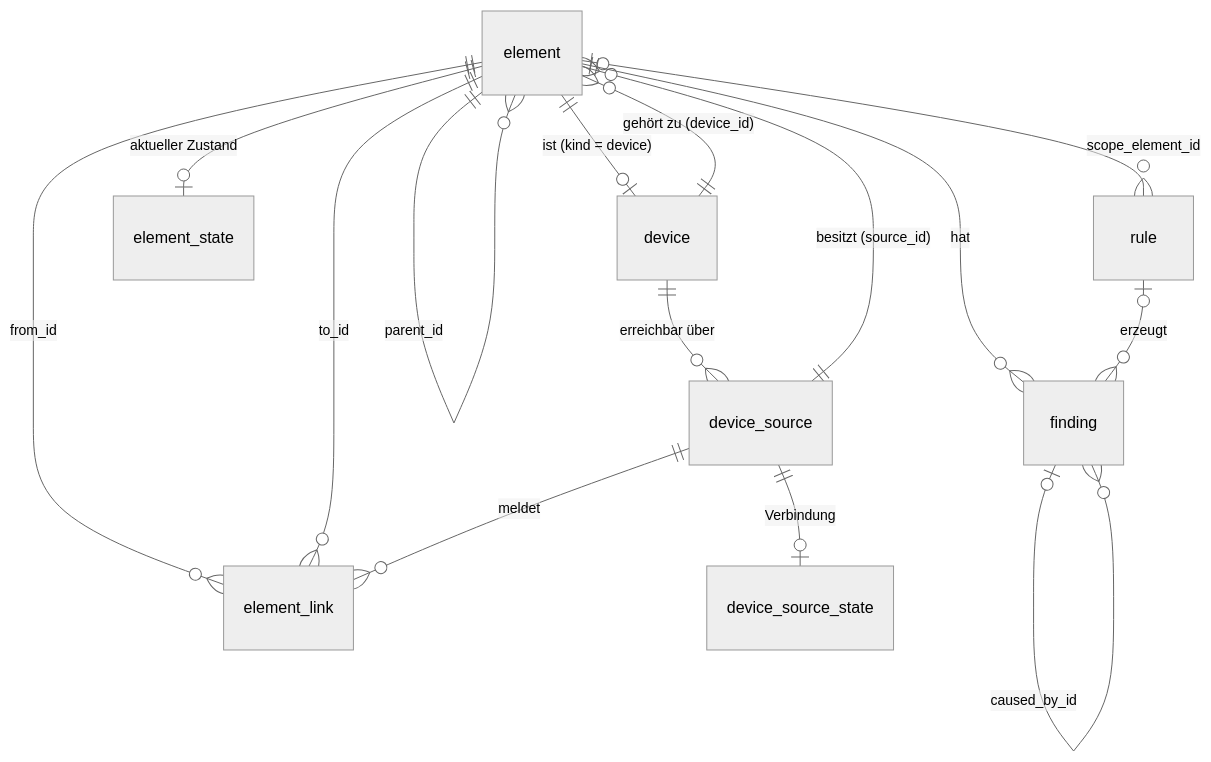
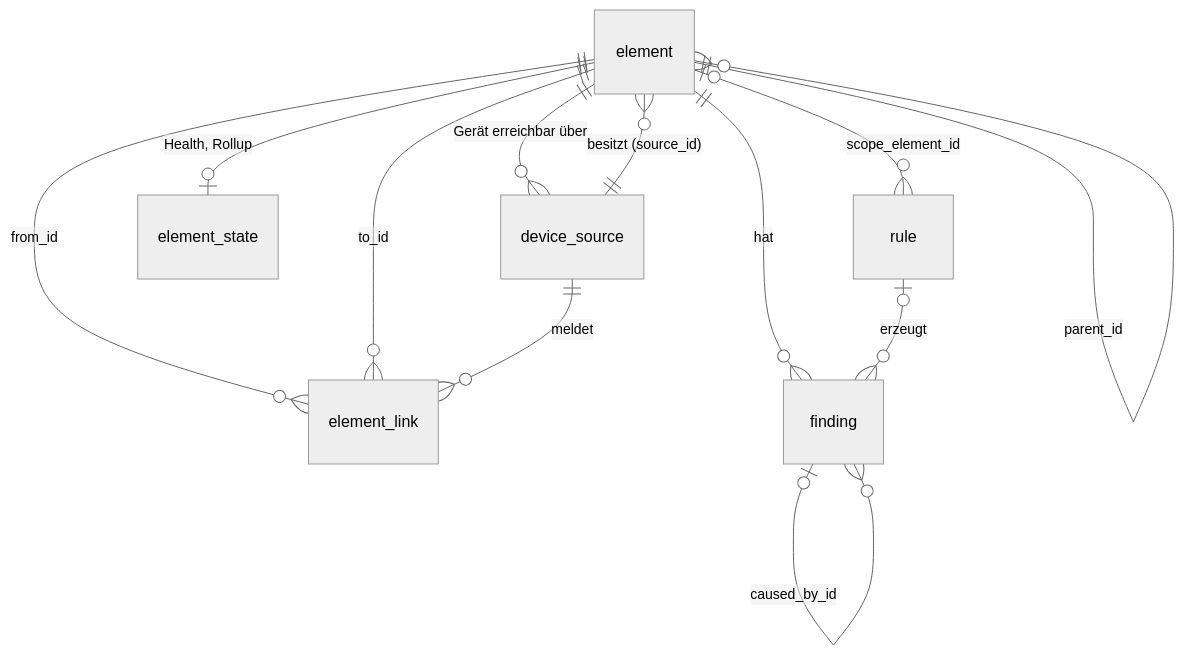
One commit to lukirs95/monika changed the second of 3 diagrams in docs/ARCHITECTURE.md. Above: the diagram before and after it, drawn with Mermaid (neutral theme). The commit also changed other lines of this file and 1 other file, not shown here.

First line of the commit message:
revise architecture after review of discrepancies

````diff
--- a/docs/ARCHITECTURE.md
+++ b/docs/ARCHITECTURE.md
@@ -682,20 +777,18 @@
 ```mermaid
 erDiagram
-  element ||--o| device : "ist (kind = device)"
-  device ||--o{ device_source : "erreichbar über"
-  device ||--o{ element : "gehört zu (device_id)"
+  element ||--o{ device_source : "Gerät erreichbar über"
+  element ||--o{ element : "device_id"
   element ||--o{ element : "parent_id"
   device_source ||--o{ element : "besitzt (source_id)"
 
   element ||--o{ element_link : "from_id"
   element ||--o{ element_link : "to_id"
   device_source ||--o{ element_link : "meldet"
 
-  element ||--o| element_state : "aktueller Zustand"
-  device_source ||--o| device_source_state : "Verbindung"
+  element ||--o| element_state : "Health, Rollup"
 
   element |o--o{ rule : "scope_element_id"
   element ||--o{ finding : "hat"
   rule |o--o{ finding : "erzeugt"
   finding |o--o{ finding : "caused_by_id"
 ```
````
